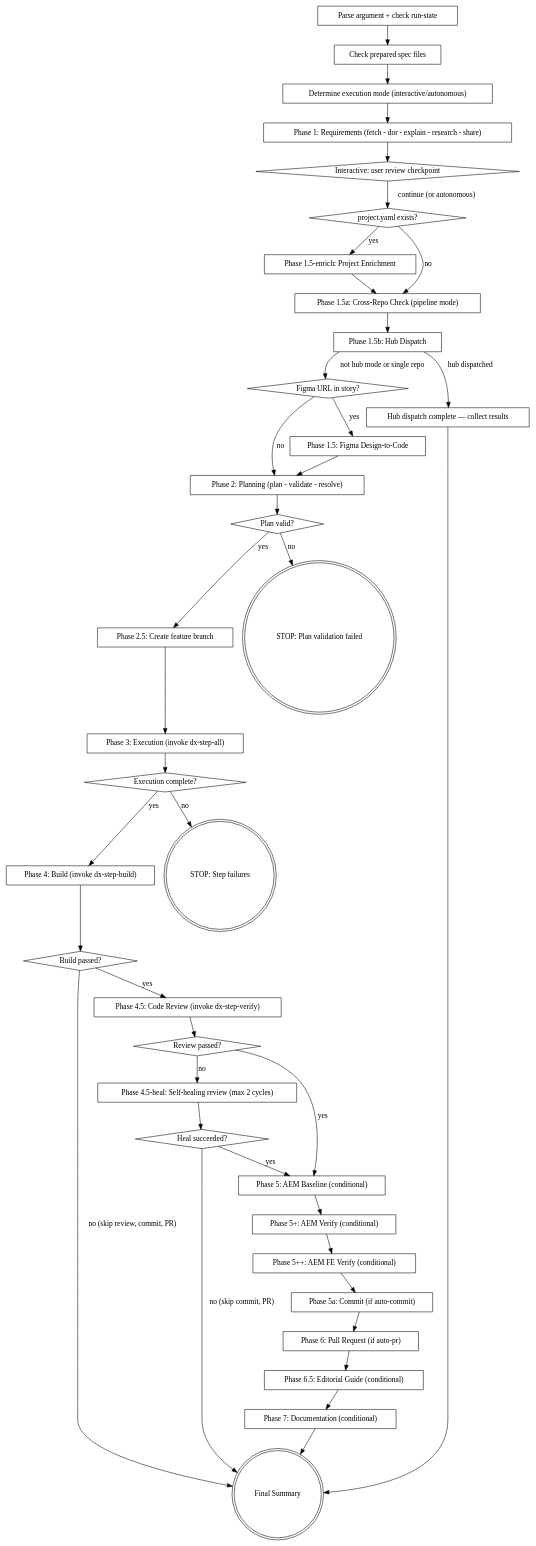
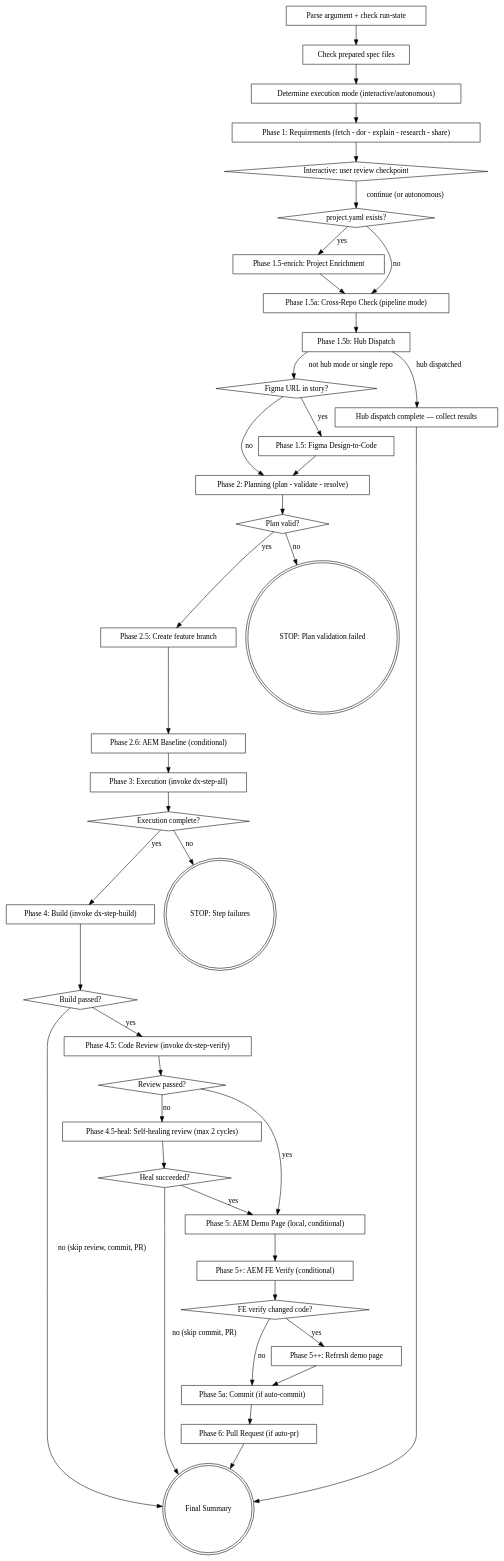
Before and after one commit to easingthemes/dx-aem-flow: the diagram in plugins/dx-core/skills/dx-agent-all/SKILL.md, drawn with Graphviz. The commit also changed other lines of this file and 88 other files, not shown here.

First line of the commit message:
feat: consolidate post-merge flow into aem-demo-page, dx-qa-handoff and dx-post-merge (#283)

````diff
--- a/plugins/dx-core/skills/dx-agent-all/SKILL.md
+++ b/plugins/dx-core/skills/dx-agent-all/SKILL.md
@@ -234,76 +234,77 @@
 ```dot
 digraph agent_all {
     "Parse argument + check run-state" [shape=box];
     "Check prepared spec files" [shape=box];
     "Determine execution mode (interactive/autonomous)" [shape=box];
     "Phase 1: Requirements (fetch - dor - explain - research - share)" [shape=box];
     "Interactive: user review checkpoint" [shape=diamond];
     "project.yaml exists?" [shape=diamond];
     "Phase 1.5-enrich: Project Enrichment" [shape=box];
     "Figma URL in story?" [shape=diamond];
     "Phase 1.5: Figma Design-to-Code" [shape=box];
     "Phase 1.5a: Cross-Repo Check (pipeline mode)" [shape=box];
     "Phase 1.5b: Hub Dispatch" [shape=box];
     "Hub dispatch complete — collect results" [shape=box];
     "Phase 2: Planning (plan - validate - resolve)" [shape=box];
     "Plan valid?" [shape=diamond];
     "STOP: Plan validation failed" [shape=doublecircle];
     "Phase 2.5: Create feature branch" [shape=box];
     "Phase 3: Execution (invoke dx-step-all)" [shape=box];
     "Execution complete?" [shape=diamond];
     "STOP: Step failures" [shape=doublecircle];
     "Phase 4: Build (invoke dx-step-build)" [shape=box];
     "Build passed?" [shape=diamond];
     "Phase 4.5: Code Review (invoke dx-step-verify)" [shape=box];
     "Review passed?" [shape=diamond];
     "Phase 4.5-heal: Self-healing review (max 2 cycles)" [shape=box];
     "Heal succeeded?" [shape=diamond];
-    "Phase 5: AEM Baseline (conditional)" [shape=box];
-    "Phase 5+: AEM Verify (conditional)" [shape=box];
-    "Phase 5++: AEM FE Verify (conditional)" [shape=box];
+    "Phase 2.6: AEM Baseline (conditional)" [shape=box];
+    "Phase 5: AEM Demo Page (local, conditional)" [shape=box];
+    "Phase 5+: AEM FE Verify (conditional)" [shape=box];
+    "FE verify changed code?" [shape=diamond];
+    "Phase 5++: Refresh demo page" [shape=box];
     "Phase 5a: Commit (if auto-commit)" [shape=box];
     "Phase 6: Pull Request (if auto-pr)" [shape=box];
-    "Phase 6.5: Editorial Guide (conditional)" [shape=box];
-    "Phase 7: Documentation (conditional)" [shape=box];
     "Final Summary" [shape=doublecircle];
 
     "Parse argument + check run-state" -> "Check prepared spec files";
     "Check prepared spec files" -> "Determine execution mode (interactive/autonomous)";
     "Determine execution mode (interactive/autonomous)" -> "Phase 1: Requirements (fetch - dor - explain - research - share)";
     "Phase 1: Requirements (fetch - dor - explain - research - share)" -> "Interactive: user review checkpoint";
     "Interactive: user review checkpoint" -> "project.yaml exists?" [label="continue (or autonomous)"];
     "project.yaml exists?" -> "Phase 1.5-enrich: Project Enrichment" [label="yes"];
     "project.yaml exists?" -> "Phase 1.5a: Cross-Repo Check (pipeline mode)" [label="no"];
     "Phase 1.5-enrich: Project Enrichment" -> "Phase 1.5a: Cross-Repo Check (pipeline mode)";
     "Phase 1.5a: Cross-Repo Check (pipeline mode)" -> "Phase 1.5b: Hub Dispatch";
     "Phase 1.5b: Hub Dispatch" -> "Figma URL in story?" [label="not hub mode or single repo"];
     "Phase 1.5b: Hub Dispatch" -> "Hub dispatch complete — collect results" [label="hub dispatched"];
     "Hub dispatch complete — collect results" -> "Final Summary";
     "Figma URL in story?" -> "Phase 1.5: Figma Design-to-Code" [label="yes"];
     "Figma URL in story?" -> "Phase 2: Planning (plan - validate - resolve)" [label="no"];
     "Phase 1.5: Figma Design-to-Code" -> "Phase 2: Planning (plan - validate - resolve)";
     "Phase 2: Planning (plan - validate - resolve)" -> "Plan valid?";
     "Plan valid?" -> "STOP: Plan validation failed" [label="no"];
     "Plan valid?" -> "Phase 2.5: Create feature branch" [label="yes"];
-    "Phase 2.5: Create feature branch" -> "Phase 3: Execution (invoke dx-step-all)";
+    "Phase 2.5: Create feature branch" -> "Phase 2.6: AEM Baseline (conditional)";
+    "Phase 2.6: AEM Baseline (conditional)" -> "Phase 3: Execution (invoke dx-step-all)";
     "Phase 3: Execution (invoke dx-step-all)" -> "Execution complete?";
     "Execution complete?" -> "STOP: Step failures" [label="no"];
     "Execution complete?" -> "Phase 4: Build (invoke dx-step-build)" [label="yes"];
     "Phase 4: Build (invoke dx-step-build)" -> "Build passed?";
     "Build passed?" -> "Phase 4.5: Code Review (invoke dx-step-verify)" [label="yes"];
     "Build passed?" -> "Final Summary" [label="no (skip review, commit, PR)"];
     "Phase 4.5: Code Review (invoke dx-step-verify)" -> "Review passed?";
-    "Review passed?" -> "Phase 5: AEM Baseline (conditional)" [label="yes"];
+    "Review passed?" -> "Phase 5: AEM Demo Page (local, conditional)" [label="yes"];
     "Review passed?" -> "Phase 4.5-heal: Self-healing review (max 2 cycles)" [label="no"];
     "Phase 4.5-heal: Self-healing review (max 2 cycles)" -> "Heal succeeded?";
-    "Heal succeeded?" -> "Phase 5: AEM Baseline (conditional)" [label="yes"];
+    "Heal succeeded?" -> "Phase 5: AEM Demo Page (local, conditional)" [label="yes"];
     "Heal succeeded?" -> "Final Summary" [label="no (skip commit, PR)"];
-    "Phase 5: AEM Baseline (conditional)" -> "Phase 5+: AEM Verify (conditional)";
-    "Phase 5+: AEM Verify (conditional)" -> "Phase 5++: AEM FE Verify (conditional)";
-    "Phase 5++: AEM FE Verify (conditional)" -> "Phase 5a: Commit (if auto-commit)";
+    "Phase 5: AEM Demo Page (local, conditional)" -> "Phase 5+: AEM FE Verify (conditional)";
+    "Phase 5+: AEM FE Verify (conditional)" -> "FE verify changed code?";
+    "FE verify changed code?" -> "Phase 5++: Refresh demo page" [label="yes"];
+    "FE verify changed code?" -> "Phase 5a: Commit (if auto-commit)" [label="no"];
+    "Phase 5++: Refresh demo page" -> "Phase 5a: Commit (if auto-commit)";
     "Phase 5a: Commit (if auto-commit)" -> "Phase 6: Pull Request (if auto-pr)";
-    "Phase 6: Pull Request (if auto-pr)" -> "Phase 6.5: Editorial Guide (conditional)";
-    "Phase 6.5: Editorial Guide (conditional)" -> "Phase 7: Documentation (conditional)";
-    "Phase 7: Documentation (conditional)" -> "Final Summary";
+    "Phase 6: Pull Request (if auto-pr)" -> "Final Summary";
 }
 ```
````
